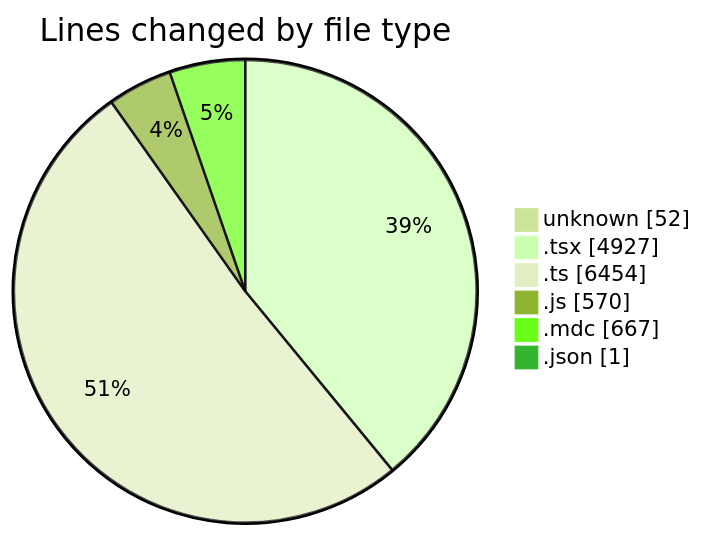
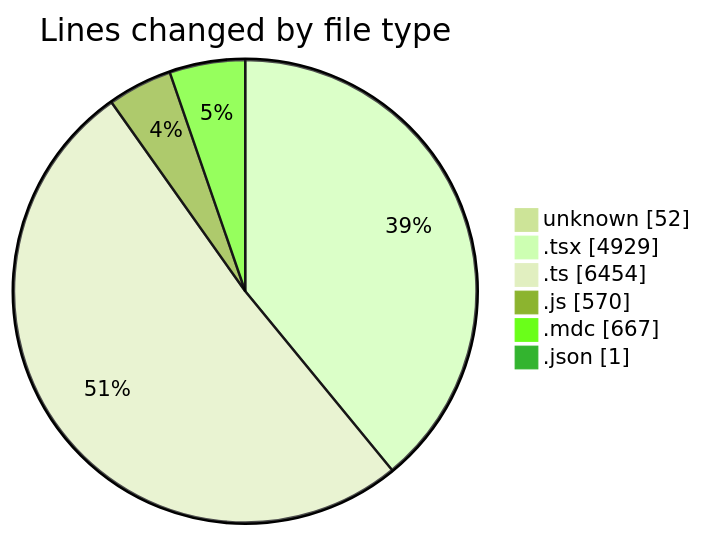
One commit to CELIANVF/code-tracking changed the first of 2 diagrams in 2025-06-02/ecodeli-1/README.md. Above: the diagram before and after it, drawn with Mermaid (forest theme). The commit also changed other lines of this file and 1 other file, not shown here.

````diff
--- a/2025-06-02/ecodeli-1/README.md
+++ b/2025-06-02/ecodeli-1/README.md
@@ -68,10 +68,10 @@
 ```mermaid
 pie showData
 title Lines changed by file type
 "unknown" : 52
-".tsx" : 4927
+".tsx" : 4929
 ".ts" : 6454
 ".js" : 570
 ".mdc" : 667
 ".json" : 1
 ```
````
